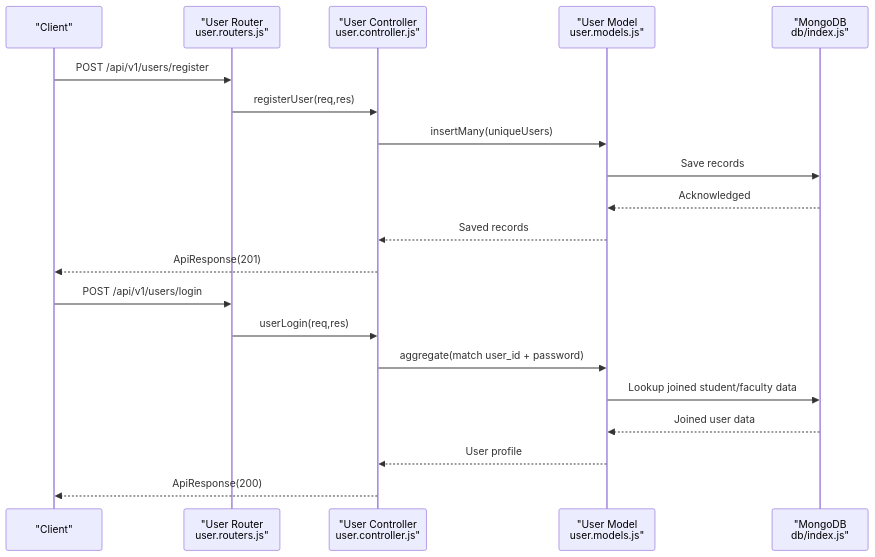
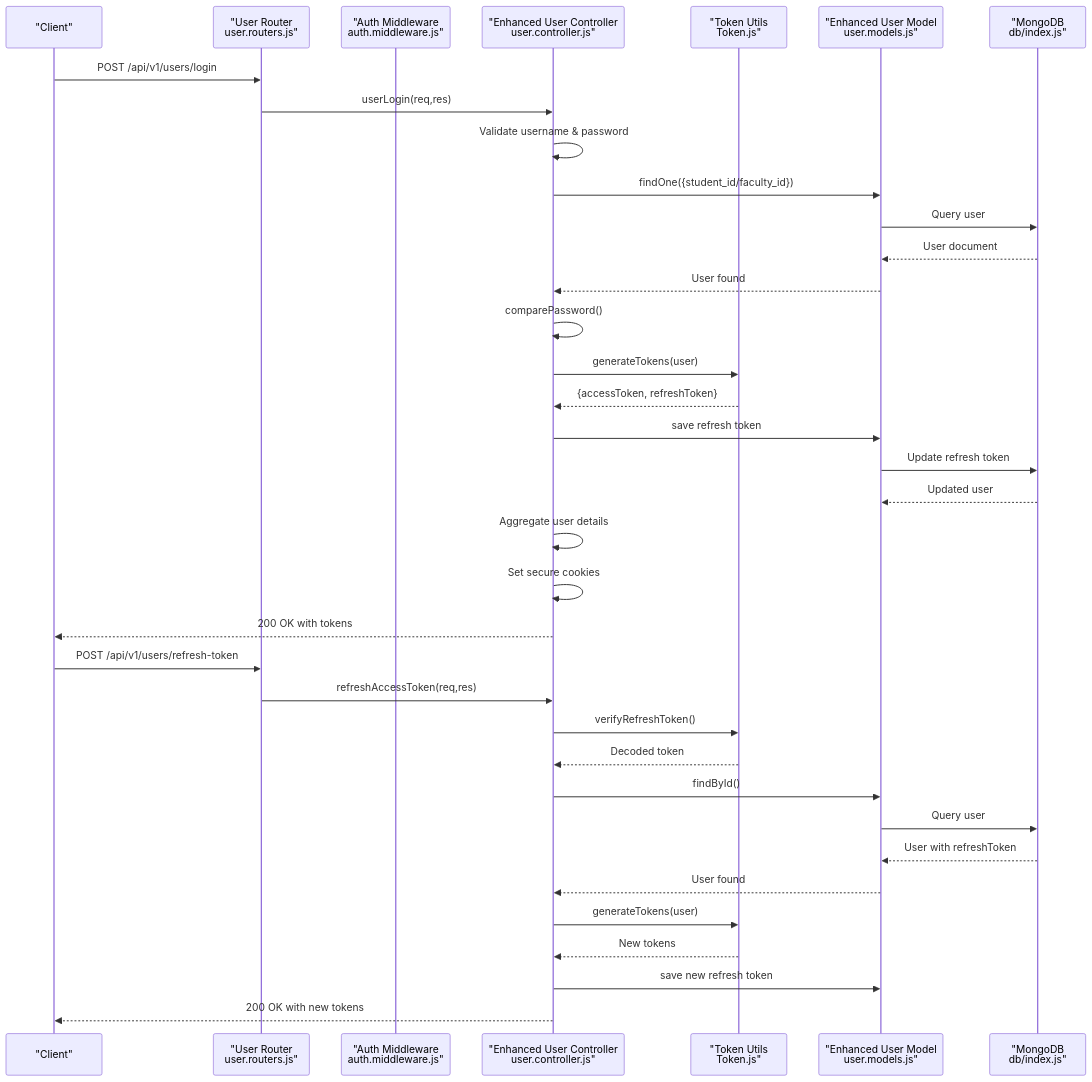
Before and after one commit to Aryan9060/Timetable-Project: the second of 8 diagrams in .qoder/repowiki/en/content/Authentication & Authorization/Backend Authentication Controller.md, drawn with Mermaid. The commit also changed other lines of this file and 21 other files, not shown here.

````diff
--- a/.qoder/repowiki/en/content/Authentication & Authorization/Backend Authentication Controller.md
+++ b/.qoder/repowiki/en/content/Authentication & Authorization/Backend Authentication Controller.md
@@ -110,22 +131,38 @@
 ```mermaid
 sequenceDiagram
 participant Client as "Client"
 participant Router as "User Router<br/>user.routers.js"
-participant Ctrl as "User Controller<br/>user.controller.js"
-participant Model as "User Model<br/>user.models.js"
+participant AuthMW as "Auth Middleware<br/>auth.middleware.js"
+participant Ctrl as "Enhanced User Controller<br/>user.controller.js"
+participant TokenUtil as "Token Utils<br/>Token.js"
+participant Model as "Enhanced User Model<br/>user.models.js"
 participant DB as "MongoDB<br/>db/index.js"
-Client->>Router : POST /api/v1/users/register
-Router->>Ctrl : registerUser(req,res)
-Ctrl->>Model : insertMany(uniqueUsers)
-Model->>DB : Save records
-DB-->>Model : Acknowledged
-Model-->>Ctrl : Saved records
-Ctrl-->>Client : ApiResponse(201)
 Client->>Router : POST /api/v1/users/login
 Router->>Ctrl : userLogin(req,res)
-Ctrl->>Model : aggregate(match user_id + password)
-Model->>DB : Lookup joined student/faculty data
-DB-->>Model : Joined user data
-Model-->>Ctrl : User profile
-Ctrl-->>Client : ApiResponse(200)
+Ctrl->>Ctrl : Validate username & password
+Ctrl->>Model : findOne({student_id/faculty_id})
+Model->>DB : Query user
+DB-->>Model : User document
+Model-->>Ctrl : User found
+Ctrl->>Ctrl : comparePassword()
+Ctrl->>TokenUtil : generateTokens(user)
+TokenUtil-->>Ctrl : {accessToken, refreshToken}
+Ctrl->>Model : save refresh token
+Model->>DB : Update refresh token
+DB-->>Model : Updated user
+Ctrl->>Ctrl : Aggregate user details
+Ctrl->>Ctrl : Set secure cookies
+Ctrl-->>Client : 200 OK with tokens
+Client->>Router : POST /api/v1/users/refresh-token
+Router->>Ctrl : refreshAccessToken(req,res)
+Ctrl->>TokenUtil : verifyRefreshToken()
+TokenUtil-->>Ctrl : Decoded token
+Ctrl->>Model : findById()
+Model->>DB : Query user
+DB-->>Model : User with refreshToken
+Model-->>Ctrl : User found
+Ctrl->>TokenUtil : generateTokens(user)
+TokenUtil-->>Ctrl : New tokens
+Ctrl->>Model : save new refresh token
+Ctrl-->>Client : 200 OK with new tokens
 ```
````
